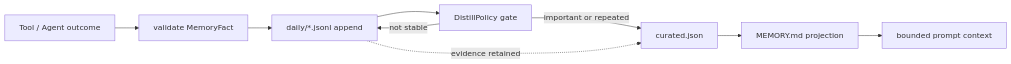
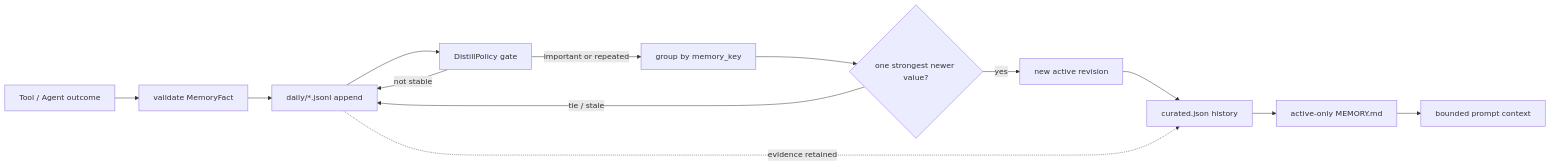
One commit to Zenquan/learn-workbuddy changed the diagram in s10_workspace_memory/README.md. Above: the diagram before and after it, drawn with Mermaid. The commit also changed other lines of this file and 3 other files, not shown here.

````diff
--- a/s10_workspace_memory/README.md
+++ b/s10_workspace_memory/README.md
@@ -11,11 +11,15 @@
 ```mermaid
 flowchart LR
     A["Tool / Agent outcome"] --> B["validate MemoryFact"]
     B --> C["daily/*.jsonl append"]
     C --> D["DistillPolicy gate"]
-    D -->|"important or repeated"| E["curated.json"]
+    D -->|"important or repeated"| E["group by memory_key"]
     D -->|"not stable"| C
-    E --> F["MEMORY.md projection"]
+    E --> H{"one strongest newer value?"}
+    H -->|"yes"| I["new active revision"]
+    H -->|"tie / stale"| C
+    I --> J["curated.json history"]
+    J --> F["active-only MEMORY.md"]
     F --> G["bounded prompt context"]
-    C -. "evidence retained" .-> E
+    C -. "evidence retained" .-> J
 ```
````
